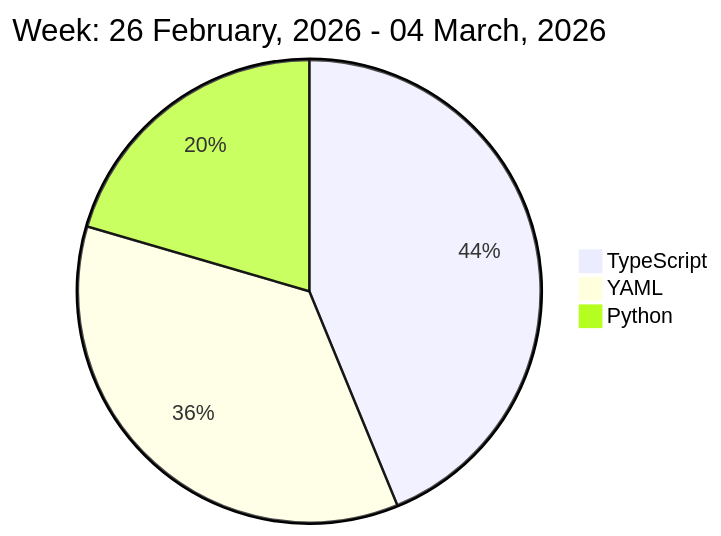
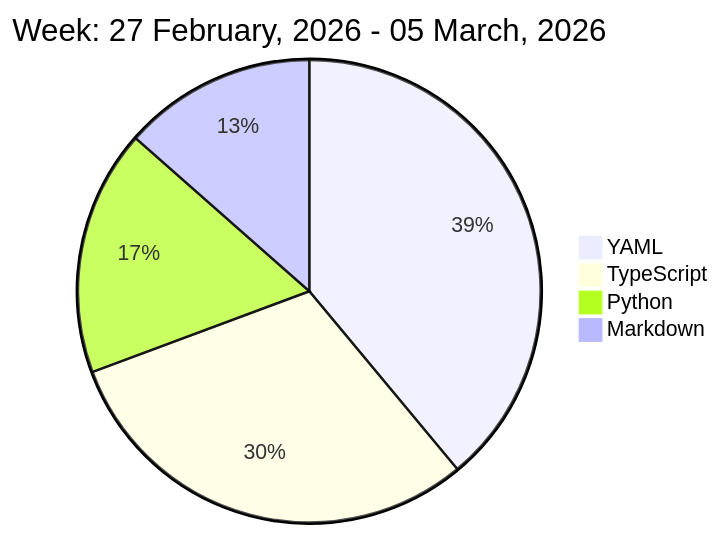
One commit to liubin95/liubin95 changed the diagram in README.md. Above: the diagram before and after it, drawn with Mermaid.

Commit message:
Updated the Graph with new Metrics

````diff
--- a/README.md
+++ b/README.md
@@ -37,7 +37,8 @@
 ```mermaid
  pie
-title Week: 26 February, 2026 - 04 March, 2026
- "TypeScript" : 6.95
- "YAML" : 5.67
- "Python" : 3.25
+title Week: 27 February, 2026 - 05 March, 2026
+ "YAML" : 6.58
+ "TypeScript" : 5.13
+ "Python" : 2.9
+ "Markdown" : 2.28
 ```
````
